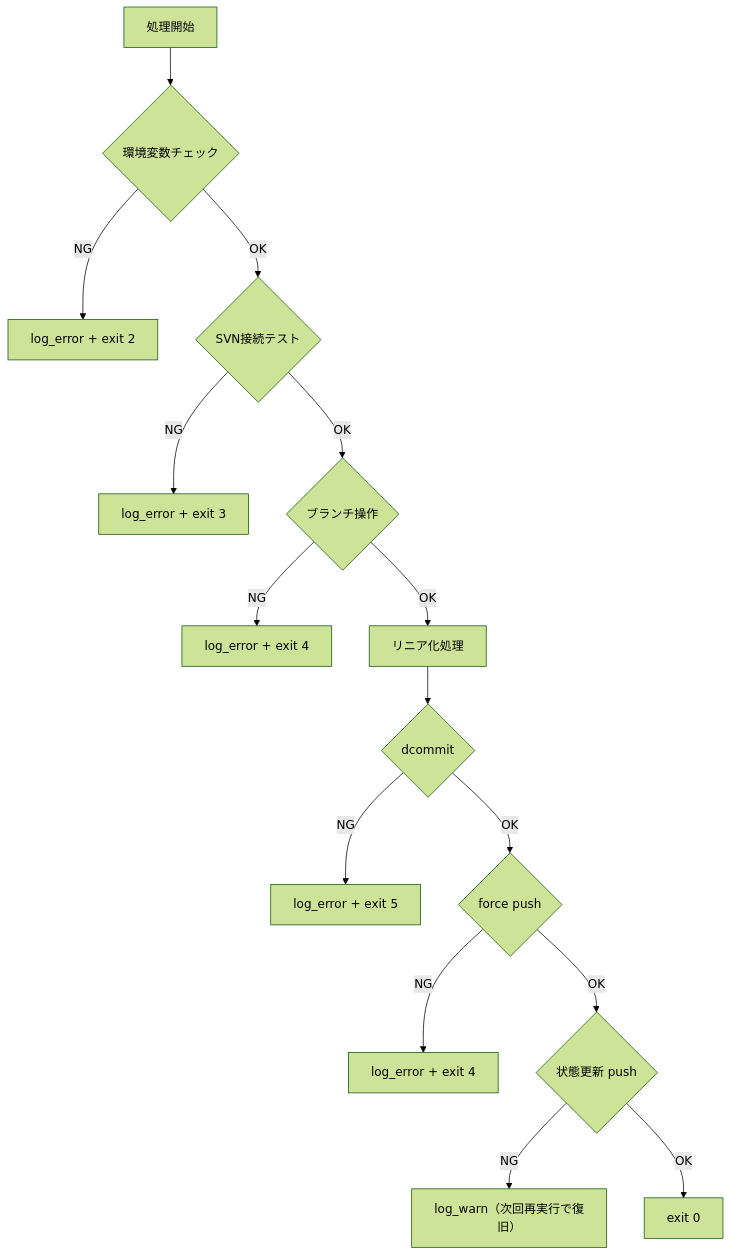
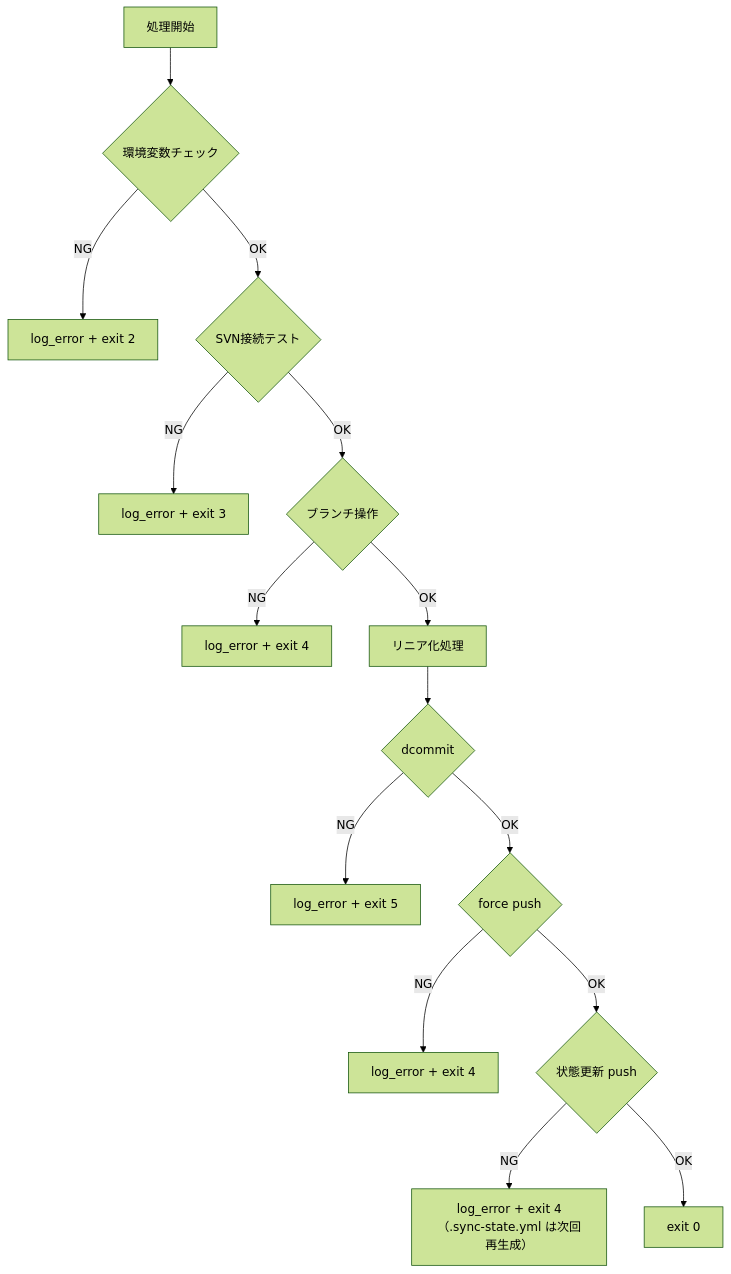
Before and after one commit to NagasakaH/dev-process: the eighth of 10 diagrams in docs/git-svn-backup/design/04_process-flow-design.md, drawn with Mermaid (forest theme). The commit also changed other lines of this file and 4 other files, not shown here.

````diff
--- a/docs/git-svn-backup/design/04_process-flow-design.md
+++ b/docs/git-svn-backup/design/04_process-flow-design.md
@@ -254,17 +261,17 @@
 ```mermaid
 flowchart TD
     A[処理開始] --> B{環境変数チェック}
     B -->|NG| C["log_error + exit 2"]
     B -->|OK| D{SVN接続テスト}
     D -->|NG| E["log_error + exit 3"]
     D -->|OK| F{ブランチ操作}
     F -->|NG| G["log_error + exit 4"]
     F -->|OK| H[リニア化処理]
     H --> I{dcommit}
     I -->|NG| J["log_error + exit 5"]
     I -->|OK| K{force push}
     K -->|NG| L["log_error + exit 4"]
     K -->|OK| M{状態更新 push}
-    M -->|NG| N["log_warn（次回再実行で復旧）"]
+    M -->|NG| N["log_error + exit 4<br/>（.sync-state.yml は次回再生成）"]
     M -->|OK| O["exit 0"]
 ```
````
